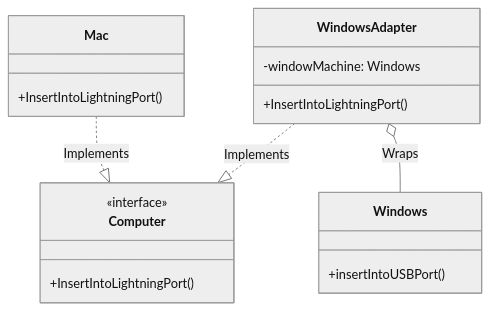
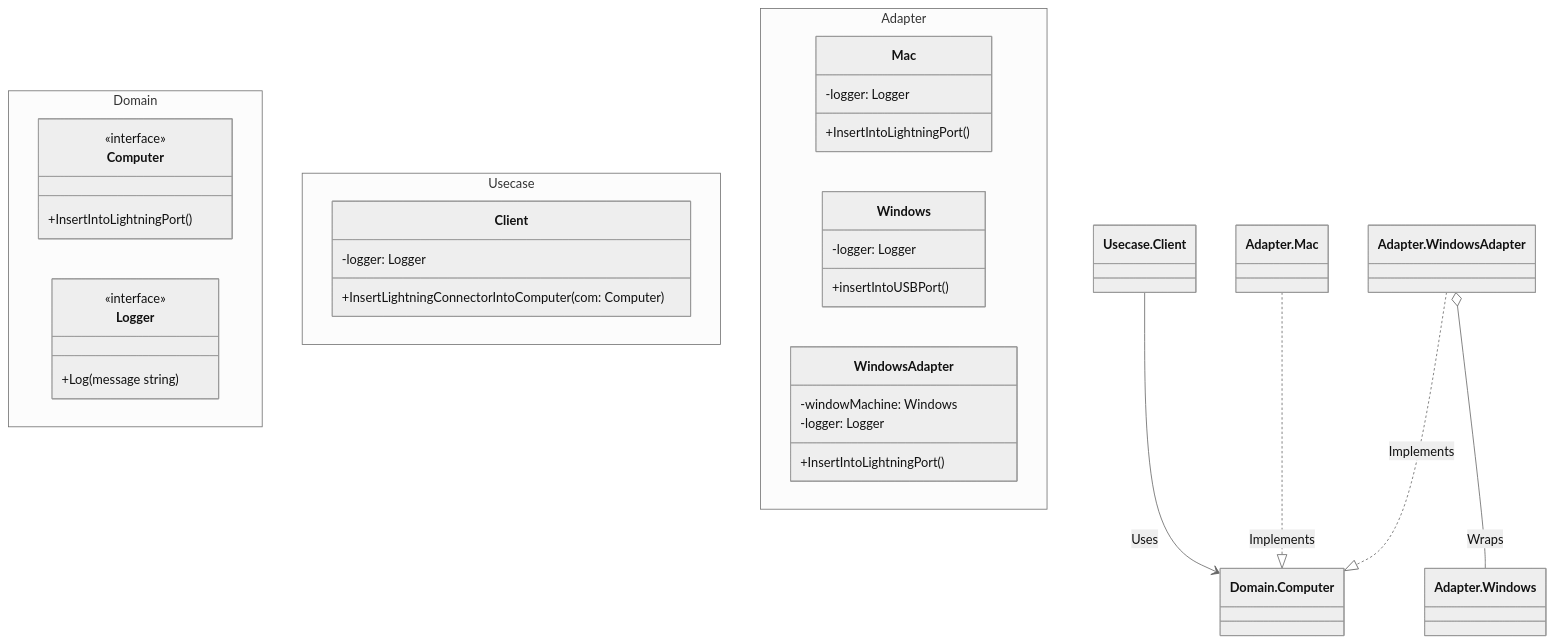
The diagram in adapter-example/README.md (sokoide/design-patterns), drawn with Mermaid (neutral theme) before and after one commit. The commit also changed other lines of this file and 102 other files, not shown here.

````diff
--- a/adapter-example/README.md
+++ b/adapter-example/README.md
@@ -33,29 +34,46 @@
 ```mermaid
 classDiagram
     direction TB
 
-    %% Domain Layer
-    class Computer {
-        <<interface>>
-        +InsertIntoLightningPort()
+    namespace Domain {
+        class Computer {
+            <<interface>>
+            +InsertIntoLightningPort()
+        }
+        class Logger {
+            <<interface>>
+            +Log(message string)
+        }
     }
 
-    %% Adapter Layer
-    class Mac {
-        +InsertIntoLightningPort()
+    namespace Usecase {
+        class Client {
+            -logger: Logger
+            +InsertLightningConnectorIntoComputer(com: Computer)
+        }
     }
 
-    class Windows {
-        +insertIntoUSBPort()
-    }
+    namespace Adapter {
+        class Mac {
+            -logger: Logger
+            +InsertIntoLightningPort()
+        }
 
-    class WindowsAdapter {
-        -windowMachine: Windows
-        +InsertIntoLightningPort()
+        class Windows {
+            -logger: Logger
+            +insertIntoUSBPort()
+        }
+
+        class WindowsAdapter {
+            -windowMachine: Windows
+            -logger: Logger
+            +InsertIntoLightningPort()
+        }
     }
 
     %% Relationships
-    Mac ..|> Computer : Implements
-    WindowsAdapter ..|> Computer : Implements
-    WindowsAdapter o-- Windows : Wraps
+    Usecase.Client --> Domain.Computer : Uses
+    Adapter.Mac ..|> Domain.Computer : Implements
+    Adapter.WindowsAdapter ..|> Domain.Computer : Implements
+    Adapter.WindowsAdapter o-- Adapter.Windows : Wraps
 ```
````
